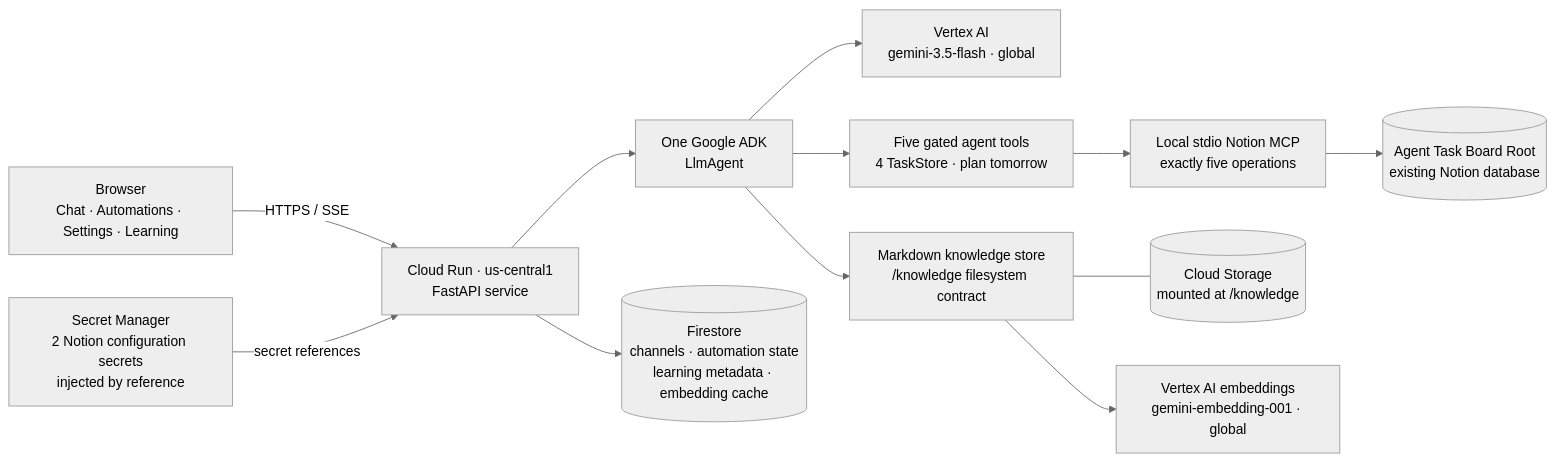
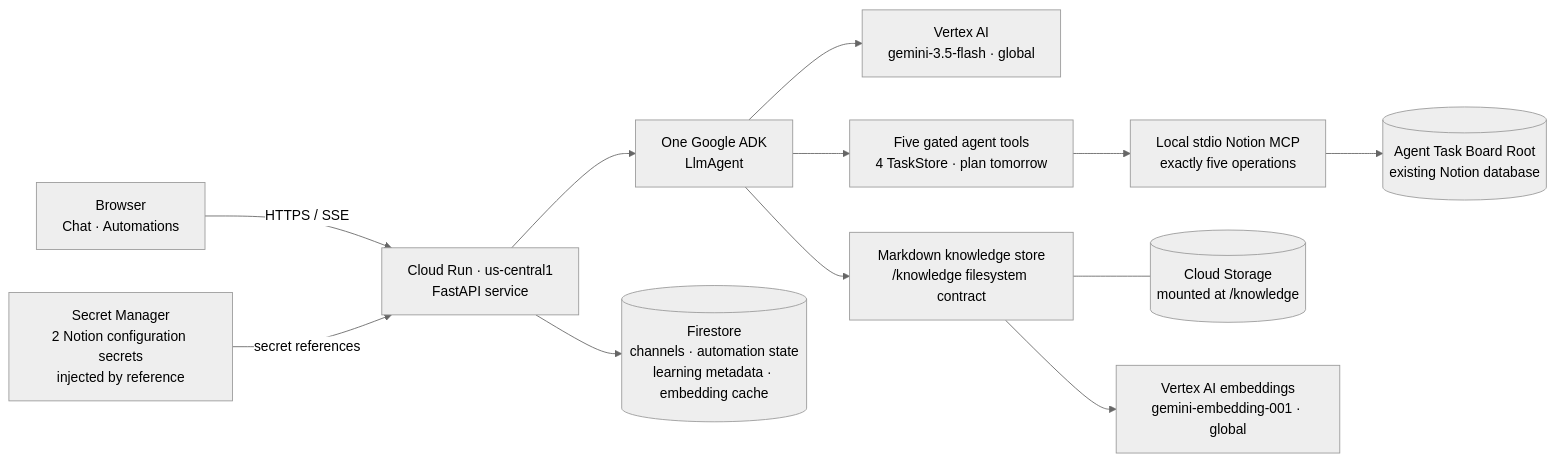
One commit to Avischai-G/avi-notes-assistant changed the diagram in docs/architecture.md. Above: the diagram before and after it, drawn with Mermaid (neutral theme). The commit also changed 15 other files, not shown here.

````diff
--- a/docs/architecture.md
+++ b/docs/architecture.md
@@ -9,27 +9,27 @@
 ```mermaid
 flowchart LR
-    B[Browser\nChat · Automations · Settings · Learning]
+    B[Browser\nChat · Automations]
     API[Cloud Run · us-central1\nFastAPI service]
     A[One Google ADK\nLlmAgent]
     V[Vertex AI\ngemini-3.5-flash · global]
     T[Five gated agent tools\n4 TaskStore · plan tomorrow]
     M[Local stdio Notion MCP\nexactly five operations]
     N[(Agent Task Board Root\nexisting Notion database)]
     F[(Firestore\nchannels · automation state\nlearning metadata · embedding cache)]
     K[Markdown knowledge store\n/knowledge filesystem contract]
     G[(Cloud Storage\nmounted at /knowledge)]
     E[Vertex AI embeddings\ngemini-embedding-001 · global]
     S[Secret Manager\n2 Notion configuration secrets\ninjected by reference]
 
     B -->|HTTPS / SSE| API
     S -->|secret references| API
     API --> A
     A --> V
     A --> T
     T --> M
     M --> N
     API --> F
     A --> K
     K --- G
     K --> E
 ```
````
